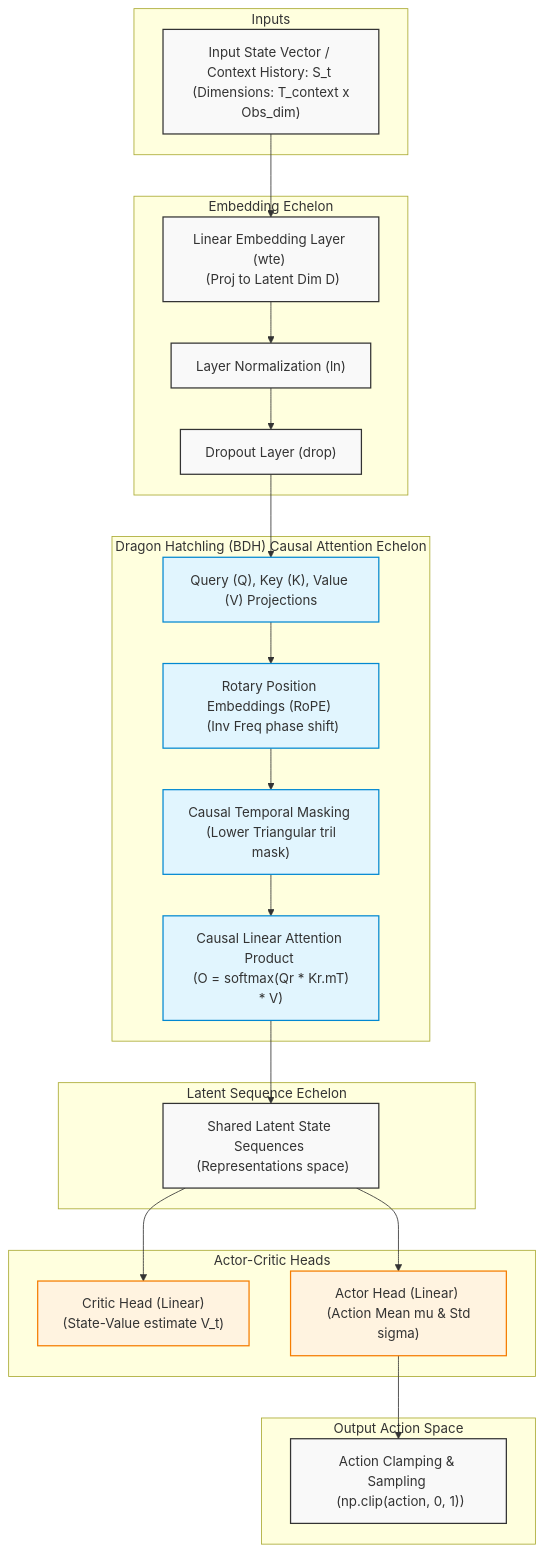
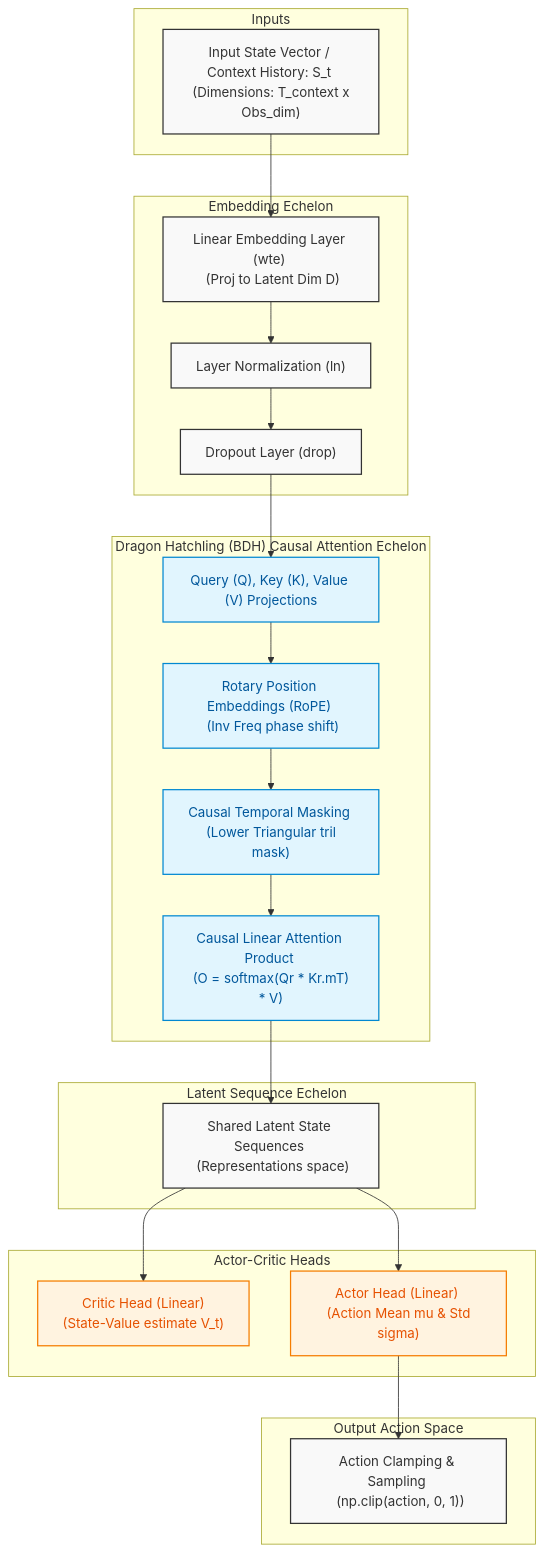
Before and after one commit to DeckardShaw31/SynapSCIM: the diagram in README.md, drawn with Mermaid.

Commit message:
fix Mermaid diagram text colors for theme readability compatibility

````diff
--- a/README.md
+++ b/README.md
@@ -4,60 +4,60 @@
 ```mermaid
 graph TD
-    classDef layer fill:#f9f9f9,stroke:#333,stroke-width:1.5px;
-    classDef attention fill:#e1f5fe,stroke:#0288d1,stroke-width:1.5px;
-    classDef head fill:#fff3e0,stroke:#f57c00,stroke-width:1.5px;
+    classDef layer fill:#f9f9f9,stroke:#333,stroke-width:1.5px,color:#333;
+    classDef attention fill:#e1f5fe,stroke:#0288d1,stroke-width:1.5px,color:#01579b;
+    classDef head fill:#fff3e0,stroke:#f57c00,stroke-width:1.5px,color:#e65100;
     
     subgraph Input ["Inputs"]
         S_t["Input State Vector / Context History: S_t <br> (Dimensions: T_context x Obs_dim)"]
     end
     
     subgraph Embedding ["Embedding Echelon"]
         Embed["Linear Embedding Layer (wte) <br> (Proj to Latent Dim D)"]
         LN["Layer Normalization (ln)"]
         Drop["Dropout Layer (drop)"]
     end
     
     subgraph Attention ["Dragon Hatchling (BDH) Causal Attention Echelon"]
         QKV["Query (Q), Key (K), Value (V) Projections"]
         RoPE["Rotary Position Embeddings (RoPE) <br> (Inv Freq phase shift)"]
         Mask["Causal Temporal Masking <br> (Lower Triangular tril mask)"]
         LinearAttn["Causal Linear Attention Product <br> (O = softmax(Qr * Kr.mT) * V)"]
     end
     
     subgraph Shared ["Latent Sequence Echelon"]
         Latent["Shared Latent State Sequences <br> (Representations space)"]
     end
     
     subgraph Output ["Actor-Critic Heads"]
         Critic["Critic Head (Linear) <br> (State-Value estimate V_t)"]
         Actor["Actor Head (Linear) <br> (Action Mean mu & Std sigma)"]
     end
     
     subgraph Action ["Output Action Space"]
         Clipped["Action Clamping & Sampling <br> (np.clip(action, 0, 1))"]
     end
     
     %% Connections
     S_t --> Embed
     Embed --> LN
     LN --> Drop
     
     Drop --> QKV
     QKV --> RoPE
     RoPE --> Mask
     Mask --> LinearAttn
     
     LinearAttn --> Latent
     
     Latent --> Critic
     Latent --> Actor
     
     Actor --> Clipped
 
     class S_t layer;
     class Embed,LN,Drop layer;
     class QKV,RoPE,Mask,LinearAttn attention;
     class Latent layer;
     class Critic,Actor head;
     class Clipped layer;
 ```
````
